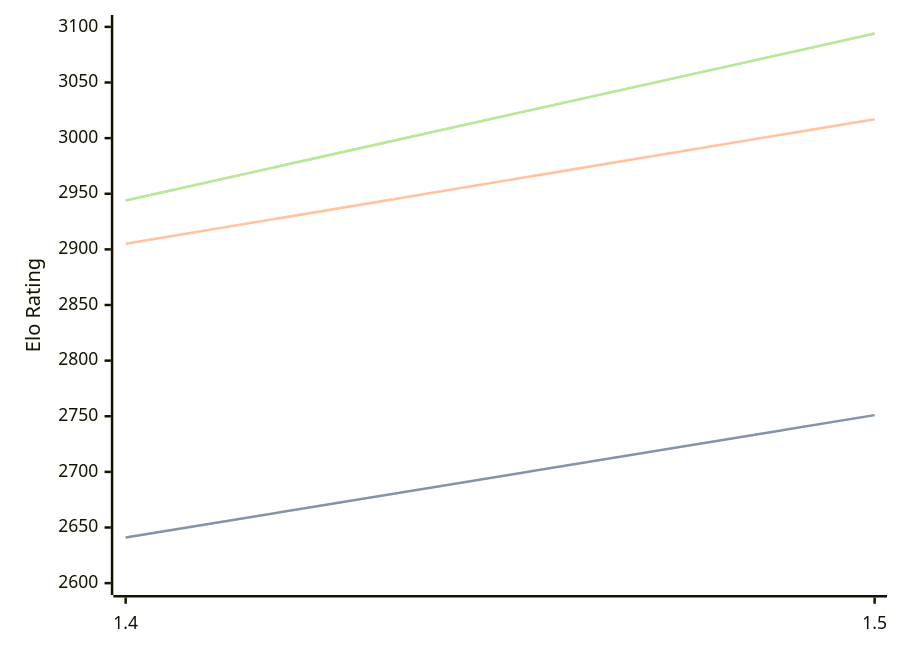
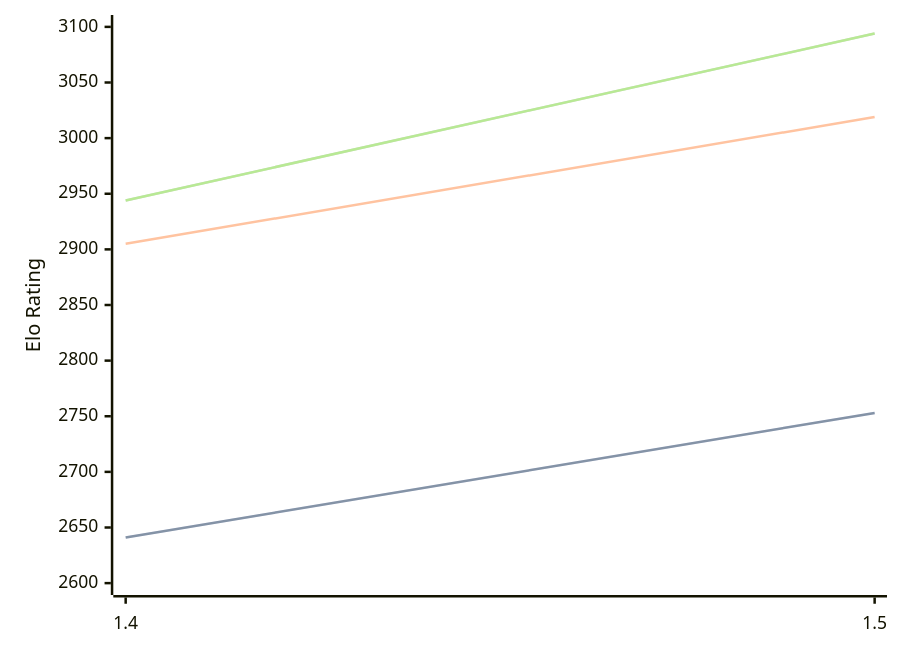
The first of 3 diagrams in engines/Yakka.md (computer-chess-index/cci), drawn with Mermaid before and after one commit. The commit also changed other lines of this file, not shown here.

````diff
--- a/engines/Yakka.md
+++ b/engines/Yakka.md
@@ -36,11 +36,11 @@
 ```mermaid
 %%{init: {"theme":"base","themeVariables":{"seriesColors:['#a3a3a3','#222221','#faa371']}}}%%
 xychart-beta
   x-axis ["1.4", "1.5"]
   y-axis "Elo Rating" 2600 --> 3100
-  line "STC (8.0+0.08s)" [2641, 2751]
-  line "STC (8.0+0.08s)" [2641, 2751]
-  line "LTC (60.0+0.60s)" [2905, 3017]
+  line "STC (8.0+0.08s)" [2641, 2753]
+  line "STC (8.0+0.08s)" [2641, 2753]
+  line "LTC (60.0+0.60s)" [2905, 3019]
   line "VLTC (2m24s+1.12s)" [2944, 3094]
   line "VLTC (2m24s+1.12s)" [2944, 3094]
 ```
````
